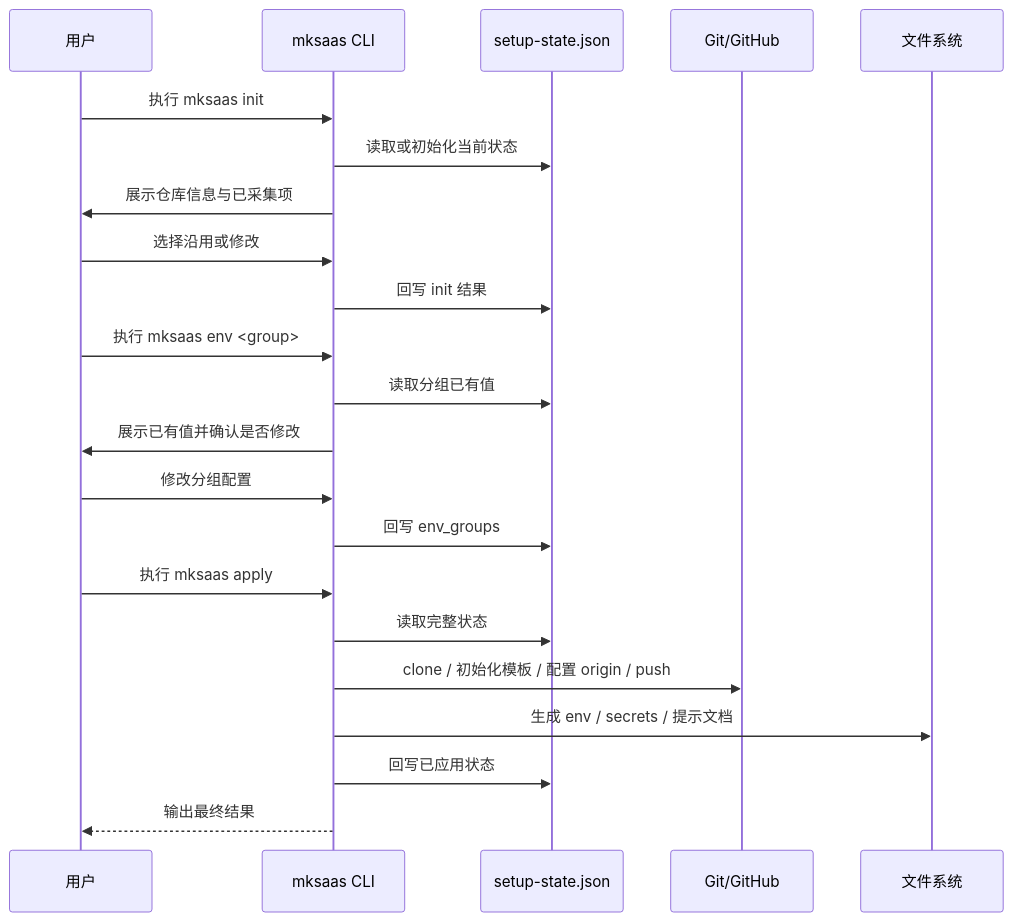
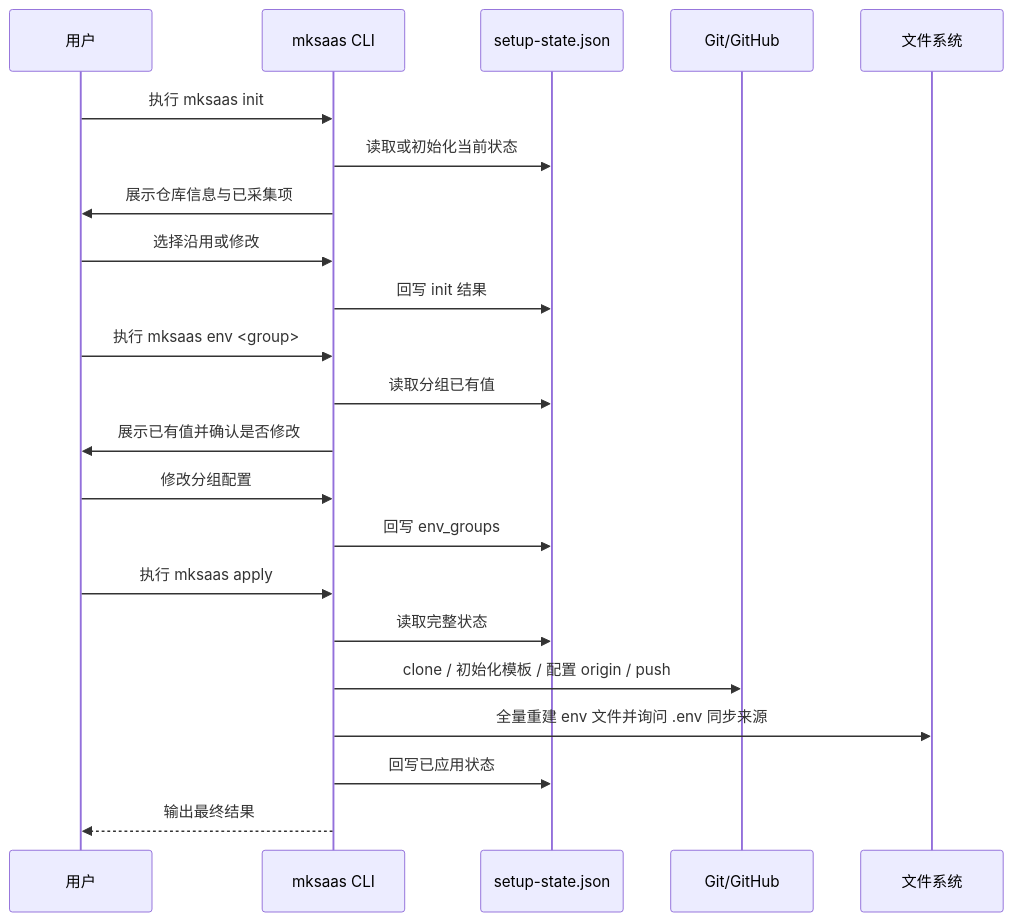
The second of 2 diagrams in REQUIREMENTS.md (CaffeineOddity/mksaas_command), drawn with Mermaid before and after one commit. The commit also changed other lines of this file and 20 other files, not shown here.

````diff
--- a/REQUIREMENTS.md
+++ b/REQUIREMENTS.md
@@ -220,25 +228,25 @@
 ```mermaid
 sequenceDiagram
     participant U as 用户
     participant C as mksaas CLI
     participant J as setup-state.json
     participant G as Git/GitHub
     participant F as 文件系统
 
     U->>C: 执行 mksaas init
     C->>J: 读取或初始化当前状态
     C->>U: 展示仓库信息与已采集项
     U->>C: 选择沿用或修改
     C->>J: 回写 init 结果
     U->>C: 执行 mksaas env <group>
     C->>J: 读取分组已有值
     C->>U: 展示已有值并确认是否修改
     U->>C: 修改分组配置
     C->>J: 回写 env_groups
     U->>C: 执行 mksaas apply
     C->>J: 读取完整状态
     C->>G: clone / 初始化模板 / 配置 origin / push
-    C->>F: 生成 env / secrets / 提示文档
+    C->>F: 全量重建 env 文件并询问 .env 同步来源
     C->>J: 回写已应用状态
     C-->>U: 输出最终结果
 ```
````
